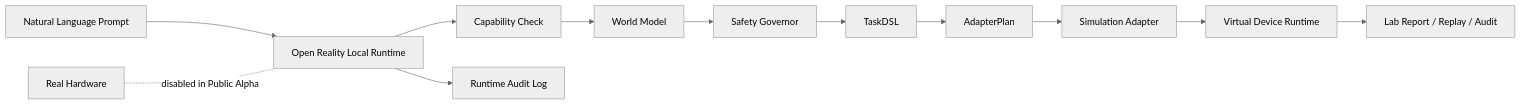
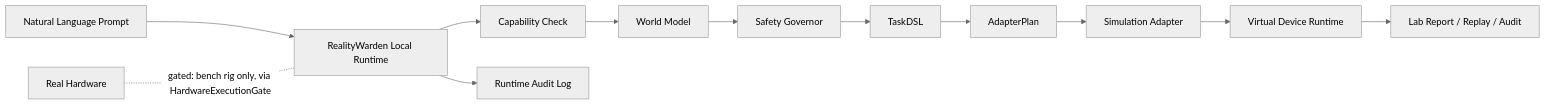
The diagram in README.md (realitywarden/realitywarden), drawn with Mermaid (neutral theme) before and after one commit. The commit also changed other lines of this file and 123 other files, not shown here.

````diff
--- a/README.md
+++ b/README.md
@@ -62,27 +63,27 @@
 ```mermaid
 flowchart LR
   A["Natural Language Prompt"]
-  B["Open Reality Local Runtime"]
+  B["RealityWarden Local Runtime"]
   B1["Capability Check"]
   B2["World Model"]
   B3["Safety Governor"]
   B4["TaskDSL"]
   B5["AdapterPlan"]
   B6["Runtime Audit Log"]
   C["Simulation Adapter"]
   D["Virtual Device Runtime"]
   E["Lab Report / Replay / Audit"]
   X["Real Hardware"]
 
   A --> B
   B --> B1
   B1 --> B2
   B2 --> B3
   B3 --> B4
   B4 --> B5
   B5 --> C
   B --> B6
   C --> D
   D --> E
-  X -. disabled in Public Alpha .- B
+  X -. gated: bench rig only, via HardwareExecutionGate .- B
 ```
````
